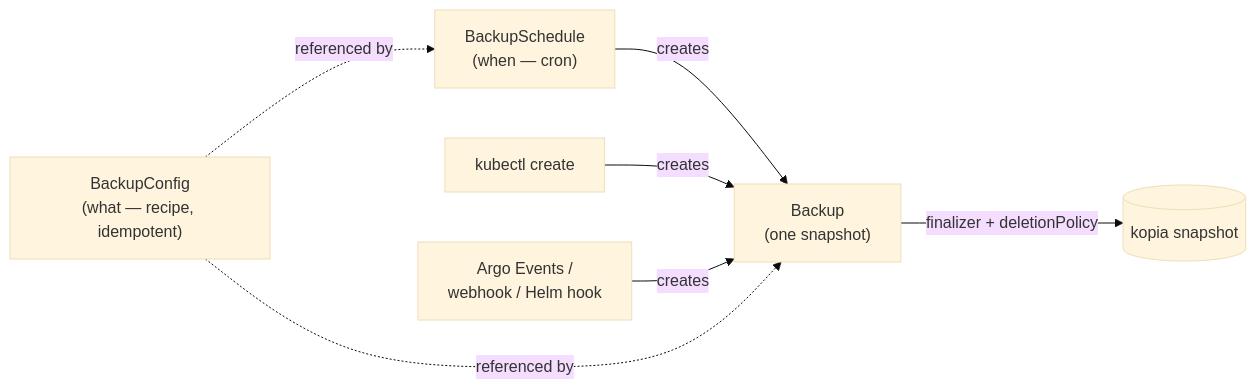
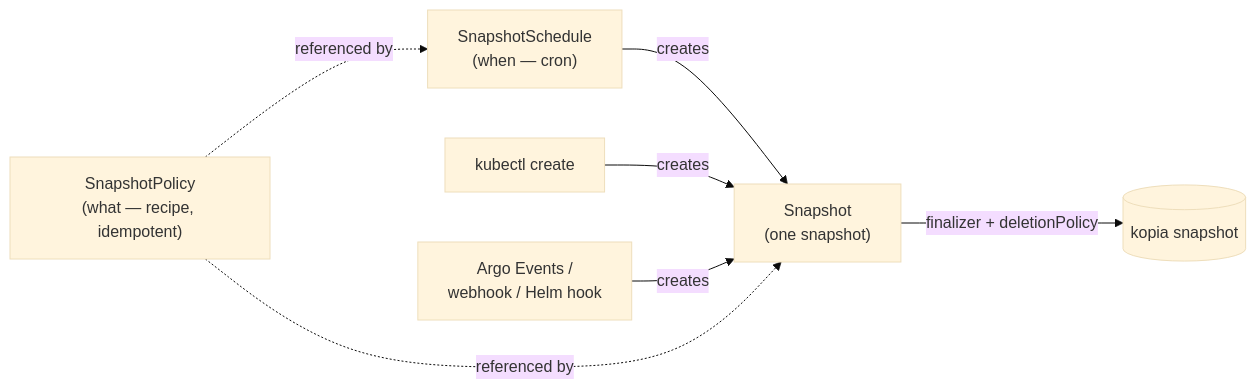
The diagram in docs/concepts/why-kopiur.md (perfectra1n/kopiur), drawn with Mermaid (base theme) before and after one commit. The commit also changed other lines of this file and 178 other files, not shown here.

````diff
--- a/docs/concepts/why-kopiur.md
+++ b/docs/concepts/why-kopiur.md
@@ -13,9 +13,9 @@
 ```mermaid
 flowchart LR
-    BS["BackupSchedule<br/>(when — cron)"] -->|creates| B
+    BS["SnapshotSchedule<br/>(when — cron)"] -->|creates| B
     KCTL["kubectl create"] -->|creates| B
     EXT["Argo Events /<br/>webhook / Helm hook"] -->|creates| B
-    BC["BackupConfig<br/>(what — recipe, idempotent)"] -.referenced by.-> BS
-    BC -.referenced by.-> B["Backup<br/>(one snapshot)"]
+    BC["SnapshotPolicy<br/>(what — recipe, idempotent)"] -.referenced by.-> BS
+    BC -.referenced by.-> B["Snapshot<br/>(one snapshot)"]
     B -->|finalizer + deletionPolicy| SNAP[(kopia snapshot)]
 ```
````
